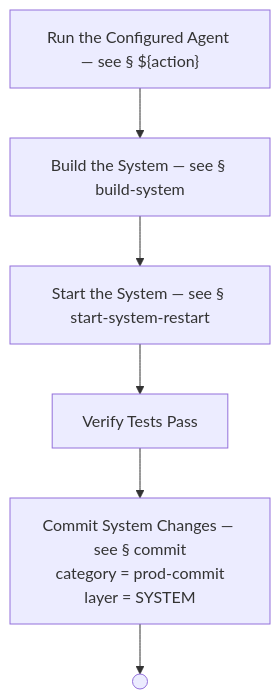
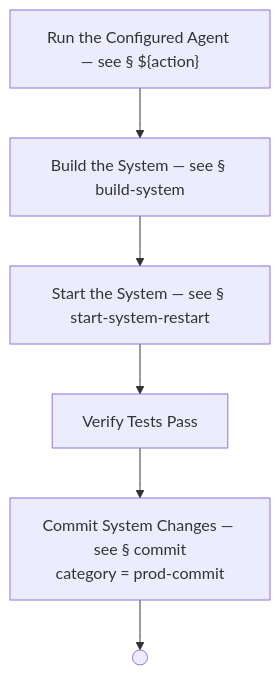
One commit to optivem/gh-optivem changed diagram 20 of 51 in docs/process-diagram.md. Above: the diagram before and after it, drawn with Mermaid. The commit also changed other lines of this file and 9 other files, not shown here.

Commit message:
atdd: regenerate process-flow diagram

````diff
--- a/docs/process-diagram.md
+++ b/docs/process-diagram.md
@@ -436,15 +436,15 @@
 ```mermaid
 flowchart TD
     RUN_ACTION["Run the Configured Agent — see § ${action}"]
     BUILD_SYSTEM[Build the System — see § build-system]
     START_SYSTEM[Start the System — see § start-system-restart]
     VERIFY_TESTS_PASS[Verify Tests Pass]
-    COMMIT_SYSTEM["Commit System Changes — see § commit<br/>category = prod-commit<br/>layer = SYSTEM"]
+    COMMIT_SYSTEM["Commit System Changes — see § commit<br/>category = prod-commit"]
     IMPL_AND_VERIFY_SYSTEM_END(( ))
 
     RUN_ACTION --> BUILD_SYSTEM
     BUILD_SYSTEM --> START_SYSTEM
     START_SYSTEM --> VERIFY_TESTS_PASS
     VERIFY_TESTS_PASS --> COMMIT_SYSTEM
     COMMIT_SYSTEM --> IMPL_AND_VERIFY_SYSTEM_END
 ```
````
